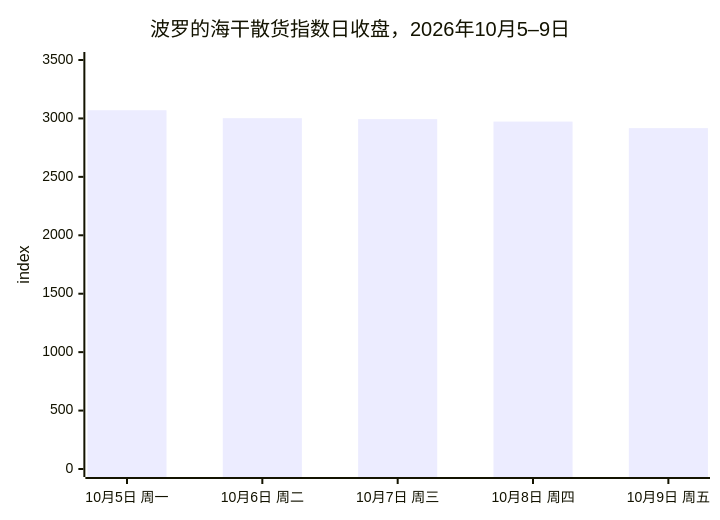
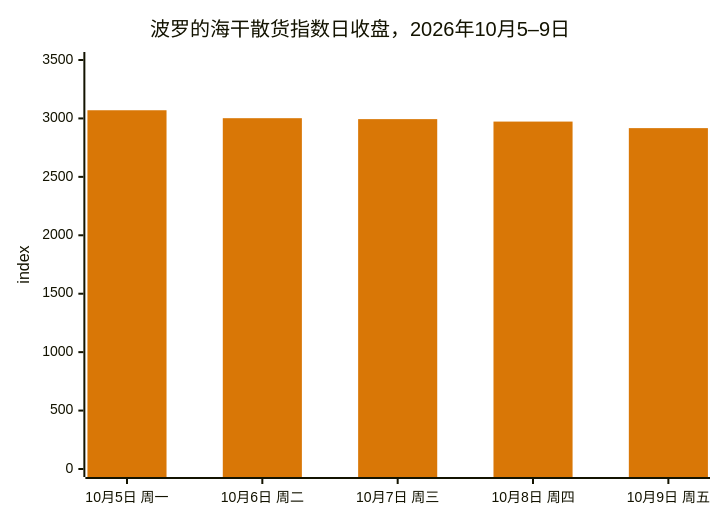
The fifth of 8 diagrams in Global-Trade-Intelligence-weekly-2026-10-12/index.zh.md (dureach/research), drawn with Mermaid before and after one commit. The commit also changed other lines of this file and 13 other files, not shown here.

First line of the commit message:
Colorful mermaid charts: brand-color bars via init directive (all 7 langs, both editions)

````diff
--- a/Global-Trade-Intelligence-weekly-2026-10-12/index.zh.md
+++ b/Global-Trade-Intelligence-weekly-2026-10-12/index.zh.md
@@ -402,7 +406,8 @@
 ```mermaid
+%%{init: {'theme': 'base', 'themeVariables': {'xyChart': {'plotColorPalette': '#d97706'}}}}%%
 xychart-beta
     title "波罗的海干散货指数日收盘，2026年10月5–9日"
     x-axis ["10月5日 周一", "10月6日 周二", "10月7日 周三", "10月8日 周四", "10月9日 周五"]
     y-axis "index" 0 --> 3500
     bar [3070, 3002, 2994, 2973, 2917]
 ```
````
